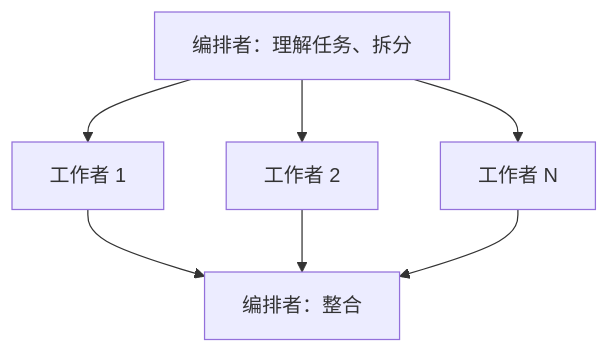
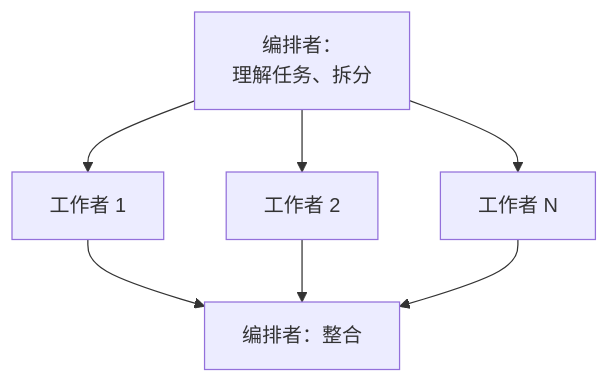
Before and after one commit to jarvis-pro/hatch-shelf: the first of 4 diagrams in books/multi-agent/02-orchestration-patterns.md, drawn with Mermaid. The commit also changed other lines of this file and 432 other files, not shown here.

````diff
--- a/books/multi-agent/02-orchestration-patterns.md
+++ b/books/multi-agent/02-orchestration-patterns.md
@@ -22,9 +22,9 @@
 ```mermaid
 flowchart TB
-  O["编排者：理解任务、拆分"] --> W1["工作者 1"]
+  O["编排者：<br/>理解任务、拆分"] --> W1["工作者 1"]
   O --> W2["工作者 2"]
   O --> W3["工作者 N"]
   W1 --> I["编排者：整合"]
   W2 --> I
   W3 --> I
 ```
````
